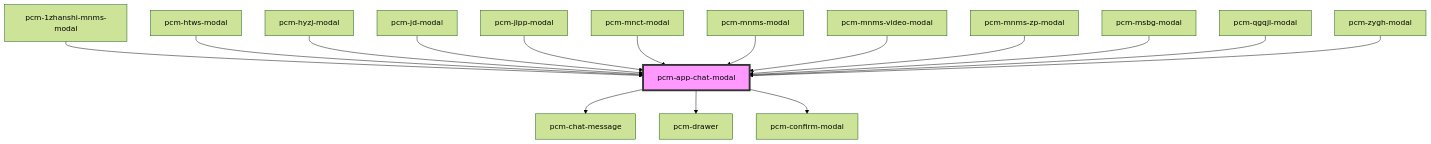
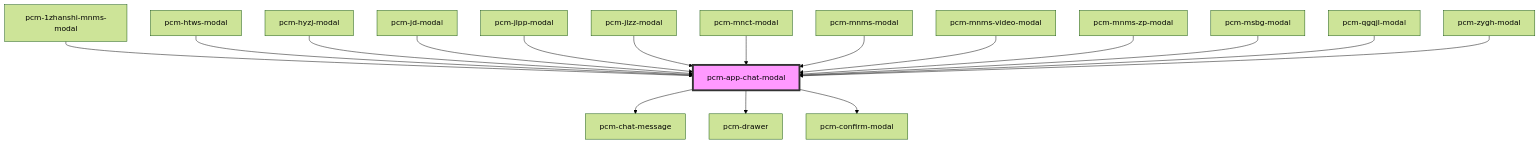
One commit to Pincaimao/pcm-agents-sdk changed the diagram in packages/pcm-agents/docs/components/pcm-app-chat-modal/readme.md. Above: the diagram before and after it, drawn with Mermaid (forest theme). The commit also changed other lines of this file and 4 other files, not shown here.

````diff
--- a/packages/pcm-agents/docs/components/pcm-app-chat-modal/readme.md
+++ b/packages/pcm-agents/docs/components/pcm-app-chat-modal/readme.md
@@ -72,19 +74,20 @@
 ```mermaid
 graph TD;
   pcm-app-chat-modal --> pcm-chat-message
   pcm-app-chat-modal --> pcm-drawer
   pcm-app-chat-modal --> pcm-confirm-modal
   pcm-1zhanshi-mnms-modal --> pcm-app-chat-modal
   pcm-htws-modal --> pcm-app-chat-modal
   pcm-hyzj-modal --> pcm-app-chat-modal
   pcm-jd-modal --> pcm-app-chat-modal
   pcm-jlpp-modal --> pcm-app-chat-modal
+  pcm-jlzz-modal --> pcm-app-chat-modal
   pcm-mnct-modal --> pcm-app-chat-modal
   pcm-mnms-modal --> pcm-app-chat-modal
   pcm-mnms-video-modal --> pcm-app-chat-modal
   pcm-mnms-zp-modal --> pcm-app-chat-modal
   pcm-msbg-modal --> pcm-app-chat-modal
   pcm-qgqjl-modal --> pcm-app-chat-modal
   pcm-zygh-modal --> pcm-app-chat-modal
   style pcm-app-chat-modal fill:#f9f,stroke:#333,stroke-width:4px
 ```
````
